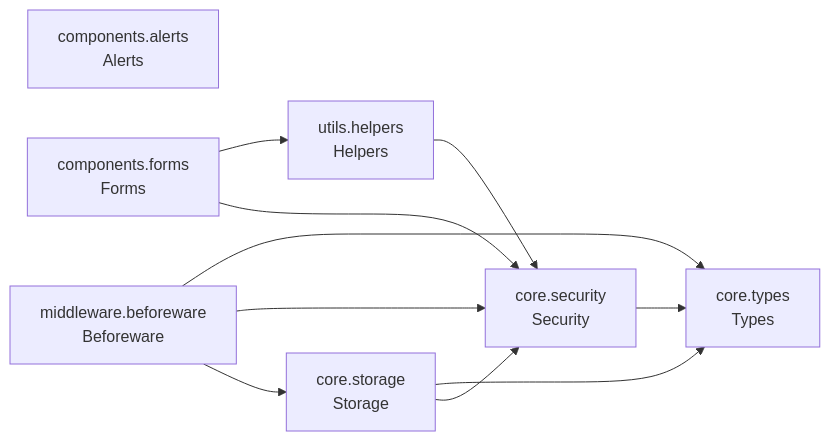
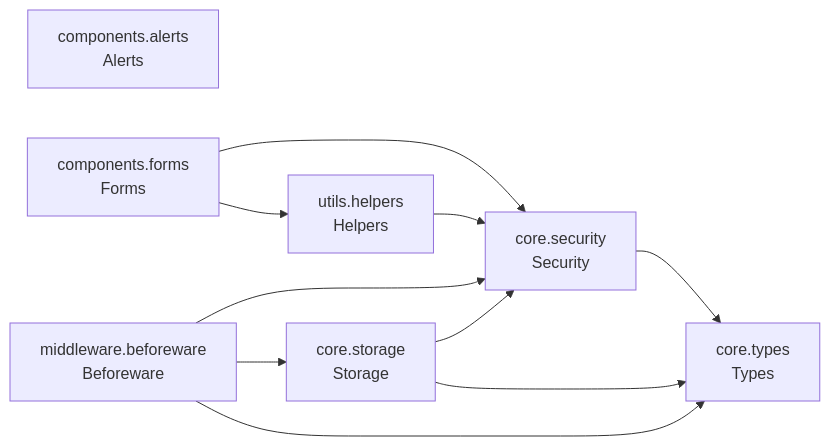
The diagram in README.md (cj-mills/cjm-fasthtml-byok), drawn with Mermaid before and after one commit. The commit also changed other lines of this file and 4 other files, not shown here.

````diff
--- a/README.md
+++ b/README.md
@@ -31,20 +31,20 @@
 ``` mermaid
 graph LR
     components_alerts[components.alerts<br/>Alerts]
     components_forms[components.forms<br/>Forms]
     core_security[core.security<br/>Security]
     core_storage[core.storage<br/>Storage]
     core_types[core.types<br/>Types]
     middleware_beforeware[middleware.beforeware<br/>Beforeware]
     utils_helpers[utils.helpers<br/>Helpers]
 
+    components_forms --> core_security
     components_forms --> utils_helpers
-    components_forms --> core_security
     core_security --> core_types
+    core_storage --> core_security
     core_storage --> core_types
-    core_storage --> core_security
-    middleware_beforeware --> core_types
     middleware_beforeware --> core_security
     middleware_beforeware --> core_storage
+    middleware_beforeware --> core_types
     utils_helpers --> core_security
 ```
````
